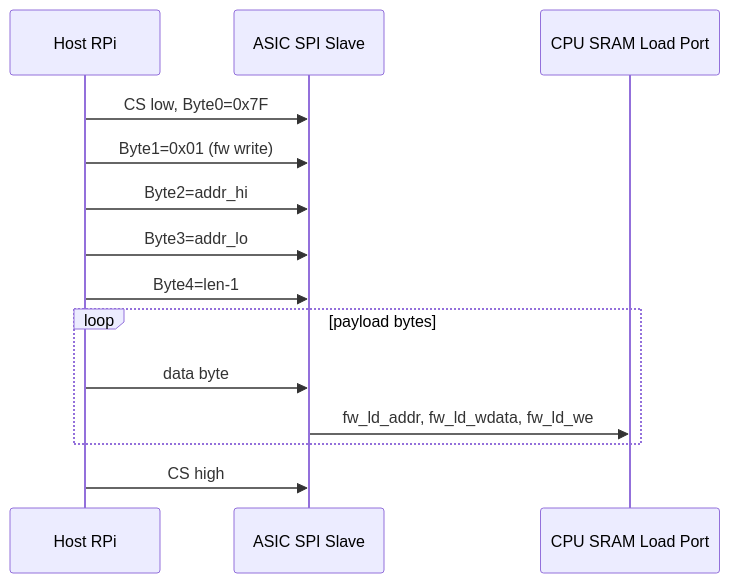
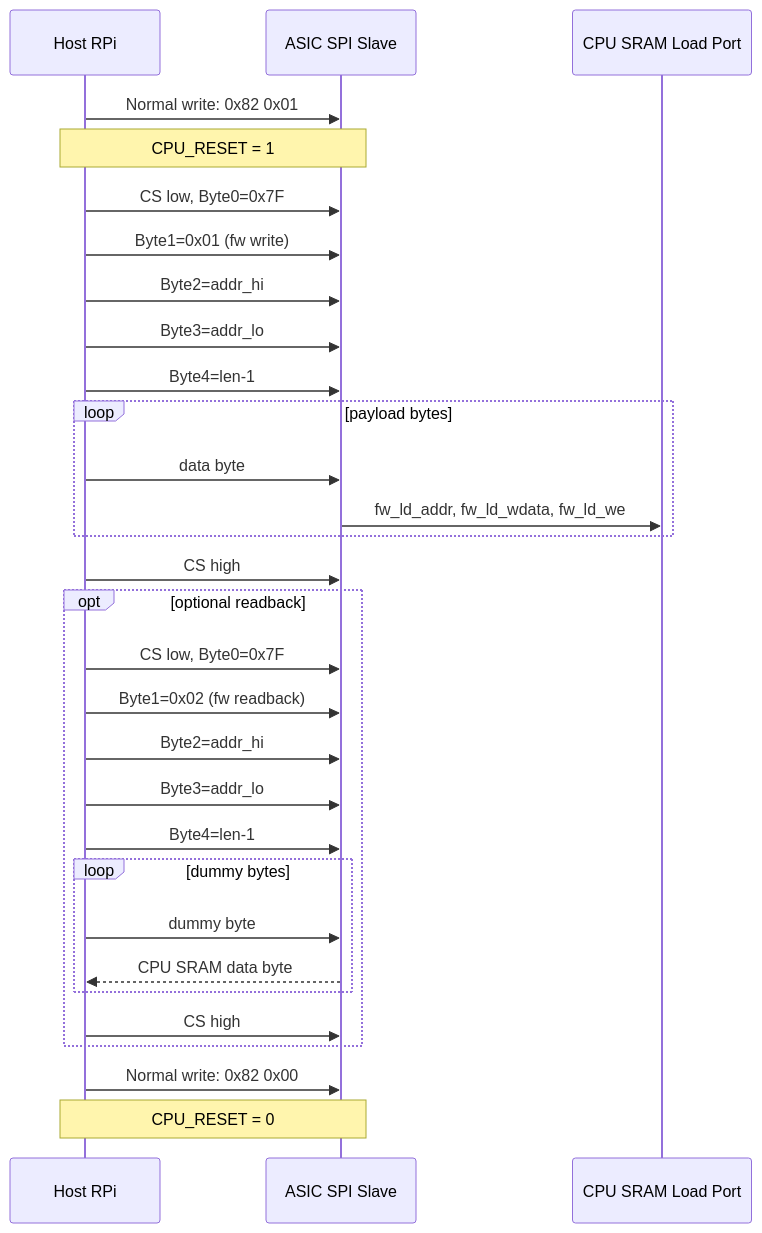
The diagram in lora-mimo/planning/blocks/SPI Slave.md (Sheffield-Chip-Design-Team/chipathon-2026), drawn with Mermaid before and after one commit. The commit also changed other lines of this file, not shown here.

Commit message:
Clarify SPI slave firmware-load flow

````diff
--- a/lora-mimo/planning/blocks/SPI Slave.md
+++ b/lora-mimo/planning/blocks/SPI Slave.md
@@ -212,17 +144,36 @@
 ```mermaid
 sequenceDiagram
     participant H as Host RPi
     participant S as ASIC SPI Slave
     participant M as CPU SRAM Load Port
+
+    H->>S: Normal write: 0x82 0x01
+    Note over H,S: CPU_RESET = 1
 
     H->>S: CS low, Byte0=0x7F
     H->>S: Byte1=0x01 (fw write)
     H->>S: Byte2=addr_hi
     H->>S: Byte3=addr_lo
     H->>S: Byte4=len-1
     loop payload bytes
         H->>S: data byte
         S->>M: fw_ld_addr, fw_ld_wdata, fw_ld_we
     end
     H->>S: CS high
+
+    opt optional readback
+        H->>S: CS low, Byte0=0x7F
+        H->>S: Byte1=0x02 (fw readback)
+        H->>S: Byte2=addr_hi
+        H->>S: Byte3=addr_lo
+        H->>S: Byte4=len-1
+        loop dummy bytes
+            H->>S: dummy byte
+            S-->>H: CPU SRAM data byte
+        end
+        H->>S: CS high
+    end
+
+    H->>S: Normal write: 0x82 0x00
+    Note over H,S: CPU_RESET = 0
 ```
````
